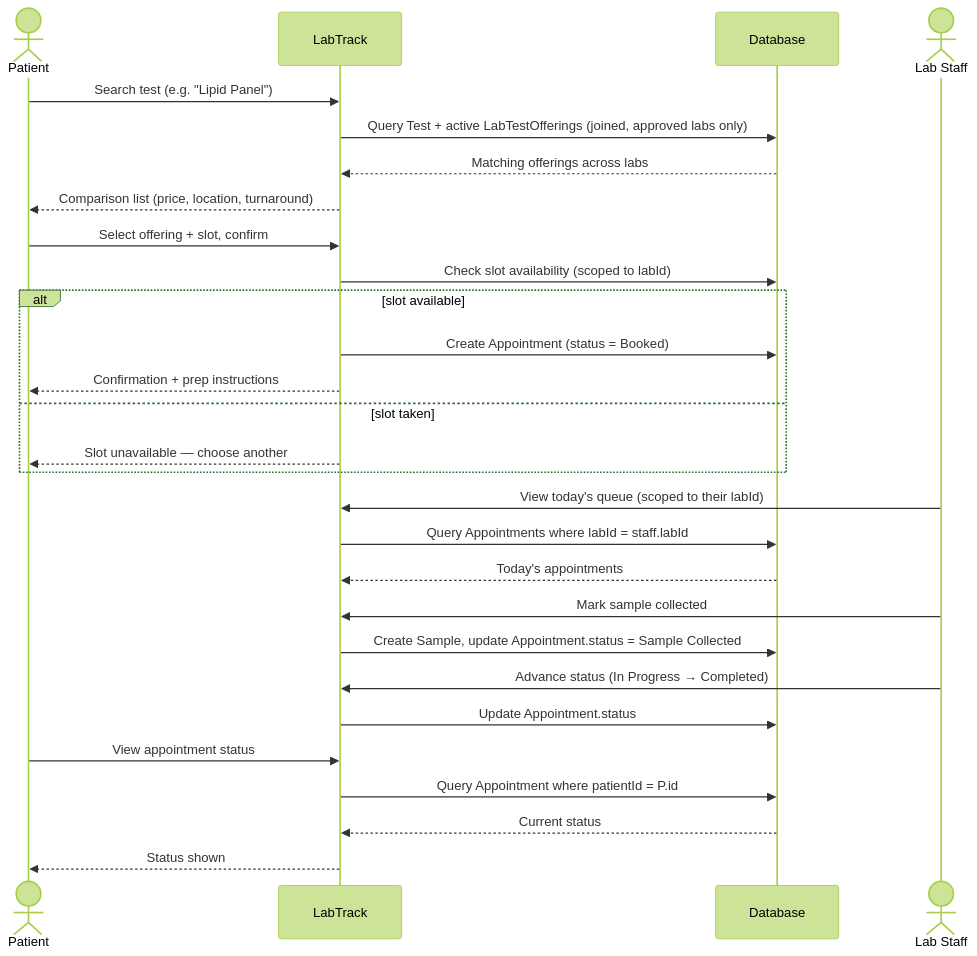
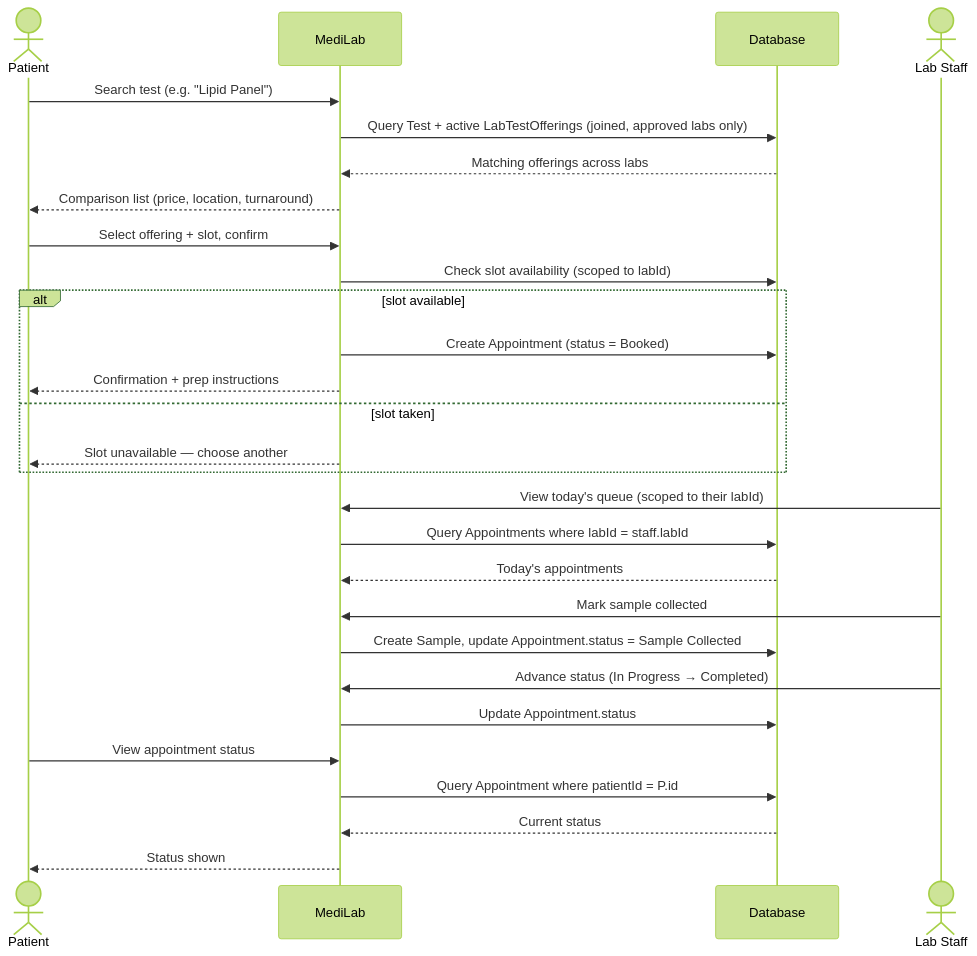
One commit to DowanaVictoria/labtrack changed the fifth of 6 diagrams in docs/System_Design.md. Above: the diagram before and after it, drawn with Mermaid (forest theme). The commit also changed other lines of this file and 14 other files, not shown here.

````diff
--- a/docs/System_Design.md
+++ b/docs/System_Design.md
@@ -201,31 +201,31 @@
 ```mermaid
 sequenceDiagram
     actor P as Patient
-    participant Sys as LabTrack
+    participant Sys as MediLab
     participant DB as Database
     actor S as Lab Staff
 
     P->>Sys: Search test (e.g. "Lipid Panel")
     Sys->>DB: Query Test + active LabTestOfferings (joined, approved labs only)
     DB-->>Sys: Matching offerings across labs
     Sys-->>P: Comparison list (price, location, turnaround)
     P->>Sys: Select offering + slot, confirm
     Sys->>DB: Check slot availability (scoped to labId)
     alt slot available
         Sys->>DB: Create Appointment (status = Booked)
         Sys-->>P: Confirmation + prep instructions
     else slot taken
         Sys-->>P: Slot unavailable — choose another
     end
     S->>Sys: View today's queue (scoped to their labId)
     Sys->>DB: Query Appointments where labId = staff.labId
     DB-->>Sys: Today's appointments
     S->>Sys: Mark sample collected
     Sys->>DB: Create Sample, update Appointment.status = Sample Collected
     S->>Sys: Advance status (In Progress → Completed)
     Sys->>DB: Update Appointment.status
     P->>Sys: View appointment status
     Sys->>DB: Query Appointment where patientId = P.id
     DB-->>Sys: Current status
     Sys-->>P: Status shown
 ```
````
